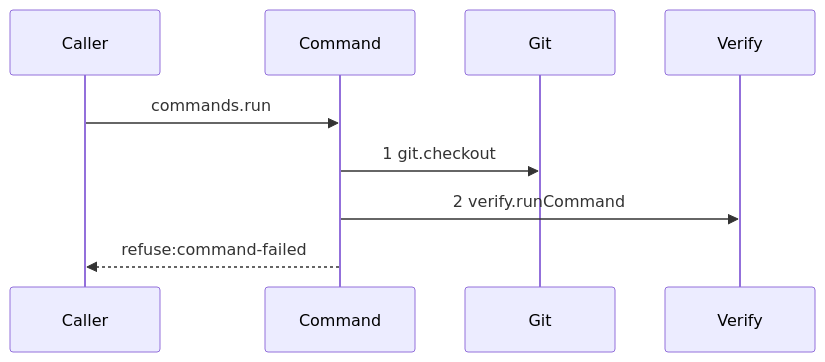
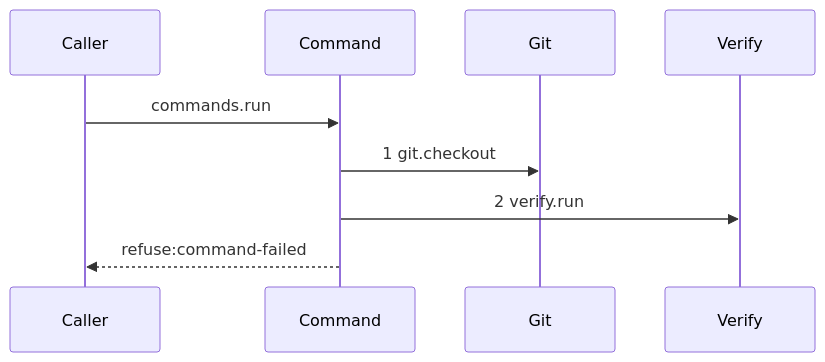
Before and after one commit to kanthorlabs/kanthord-engine: diagram 14 of 22 in .agents/plan/epics/051-the-execution-checkpoint.md, drawn with Mermaid. The commit also changed other lines of this file, not shown here.

````diff
--- a/.agents/plan/epics/051-the-execution-checkpoint.md
+++ b/.agents/plan/epics/051-the-execution-checkpoint.md
@@ -493,11 +549,11 @@
 ```mermaid
 sequenceDiagram
     participant Caller
     participant Command
     participant Git
     participant Verify
     Caller->>Command: commands.run
     Command->>Git: 1 git.checkout
-    Command->>Verify: 2 verify.runCommand
+    Command->>Verify: 2 verify.run
     Command-->>Caller: refuse:command-failed
 ```
````
